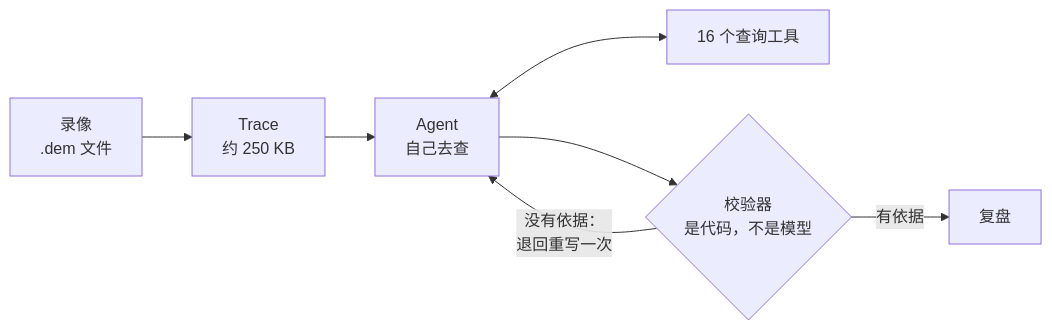
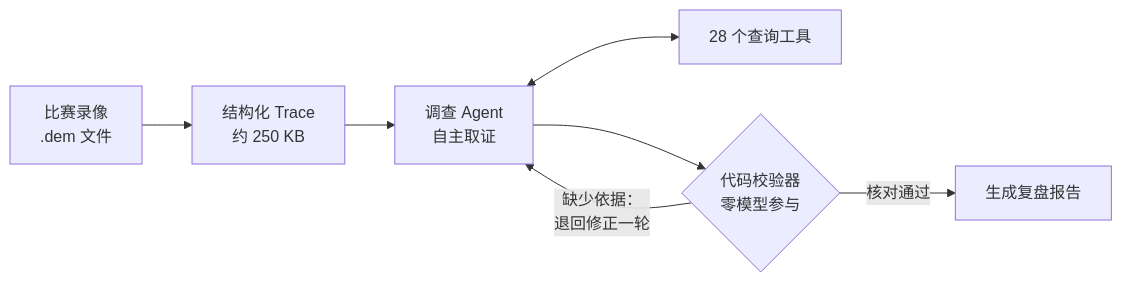
The diagram in README.zh-CN.md (qianhaoq/dota2.ai), drawn with Mermaid before and after one commit. The commit also changed other lines of this file and 21 other files, not shown here.

````diff
--- a/README.zh-CN.md
+++ b/README.zh-CN.md
@@ -57,9 +65,9 @@
 ```mermaid
 flowchart LR
-    R["录像<br/>.dem 文件"] --> T["Trace<br/>约 250 KB"]
-    T --> A["Agent<br/>自己去查"]
-    A <--> L["16 个查询工具"]
-    A --> V{"校验器<br/>是代码，不是模型"}
-    V -- "没有依据：<br/>退回重写一次" --> A
-    V -- "有依据" --> D["复盘"]
+    R["比赛录像<br/>.dem 文件"] --> T["结构化 Trace<br/>约 250 KB"]
+    T --> A["调查 Agent<br/>自主取证"]
+    A <--> L["28 个查询工具"]
+    A --> V{"代码校验器<br/>零模型参与"}
+    V -- "缺少依据：<br/>退回修正一轮" --> A
+    V -- "核对通过" --> D["生成复盘报告"]
 ```
````
